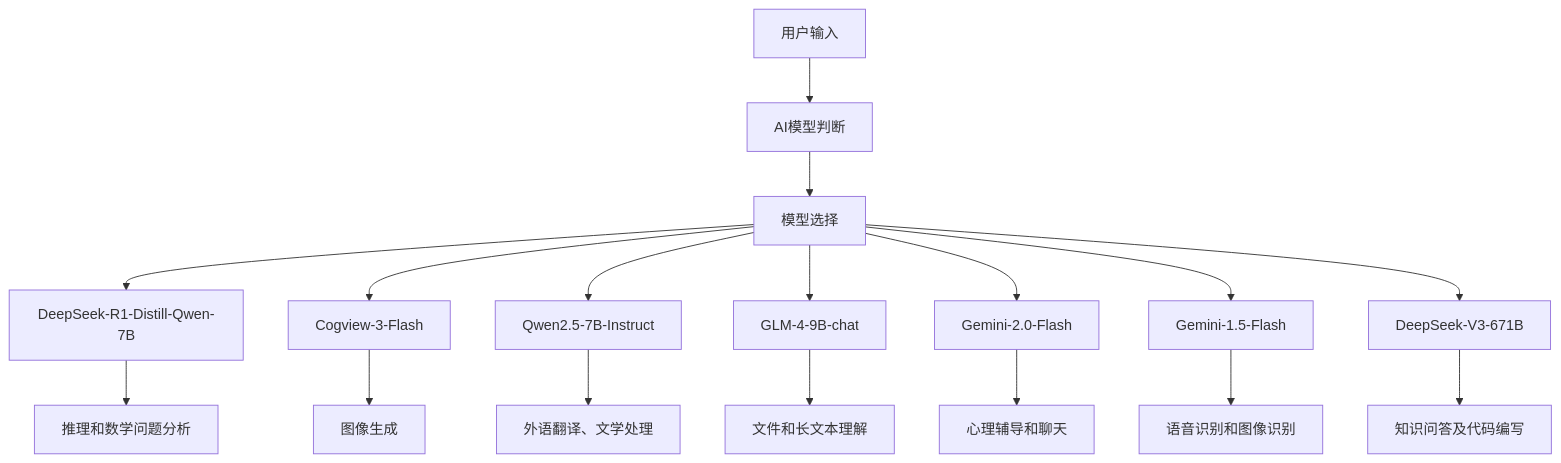
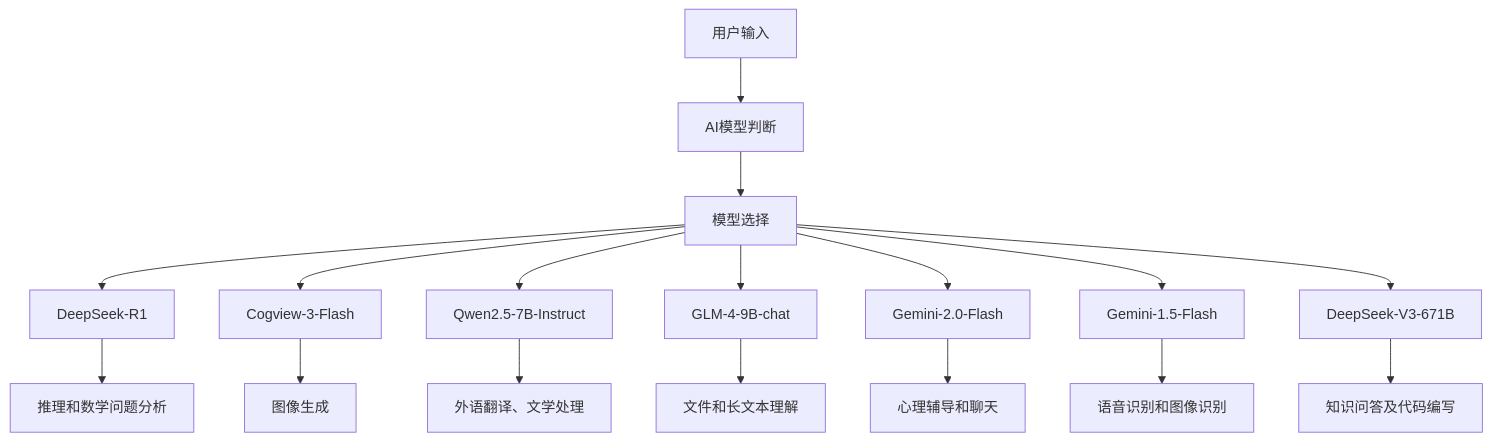
One commit to HONGHUTECHNOLOGY/Proton-AI changed the first of 3 diagrams in README.md. Above: the diagram before and after it, drawn with Mermaid.

````diff
--- a/README.md
+++ b/README.md
@@ -8,21 +8,21 @@
 ```mermaid
 graph TD
     A[用户输入] --> B[AI模型判断]
     B --> C[模型选择]
     
-    C --> D1[DeepSeek-R1-Distill-Qwen-7B]
+    C --> D1[DeepSeek-R1]
     C --> D2[Cogview-3-Flash]
     C --> D3[Qwen2.5-7B-Instruct]
     C --> D4[GLM-4-9B-chat]
     C --> D5[Gemini-2.0-Flash]
     C --> D6[Gemini-1.5-Flash]
     C --> D7[DeepSeek-V3-671B]
 
     D1 --> F1[推理和数学问题分析]
     D2 --> F2[图像生成]
     D3 --> F3[外语翻译、文学处理]
     D4 --> F4[文件和长文本理解]
     D5 --> F5[心理辅导和聊天]
     D6 --> F6[语音识别和图像识别]
     D7 --> F7[知识问答及代码编写]
 ```
````
